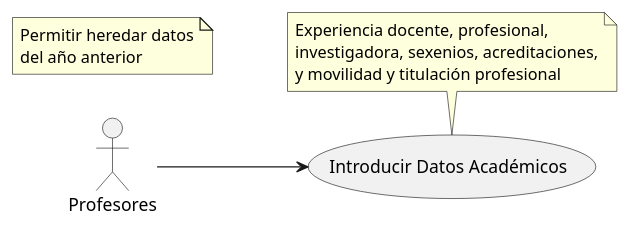
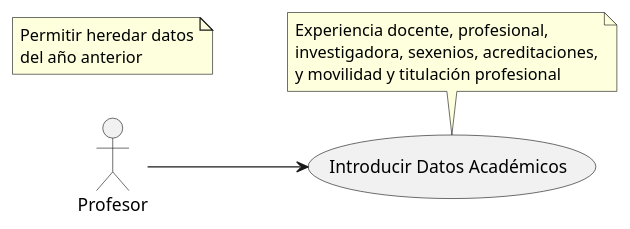
One commit to mmasias/24-25-IdSw1-SDR changed the diagram in modelosUML/CdU/Individuales/IntroducirDatosAcademicos.puml. Above: the diagram before and after it, drawn with PlantUML. The commit also changed 3 other files, not shown here.

Commit message:
Renombrar el actor "Profesores" a "Profesor" en los diagramas de casos de uso para mejorar la consistencia.

```diff
--- a/modelosUML/CdU/Individuales/IntroducirDatosAcademicos.puml
+++ b/modelosUML/CdU/Individuales/IntroducirDatosAcademicos.puml
@@ -1,16 +1,16 @@
 @startuml
 left to right direction
 
-actor "Profesores" as prof
+actor "Profesor" as prof
 
 usecase "Introducir Datos Académicos" as datosAcad
 note top of datosAcad
     Experiencia docente, profesional,
     investigadora, sexenios, acreditaciones,
     y movilidad y titulación profesional
 end note
 
 note "Permitir heredar datos\ndel año anterior" as notaDatosAcad
 
 prof --> datosAcad
 @enduml
```
